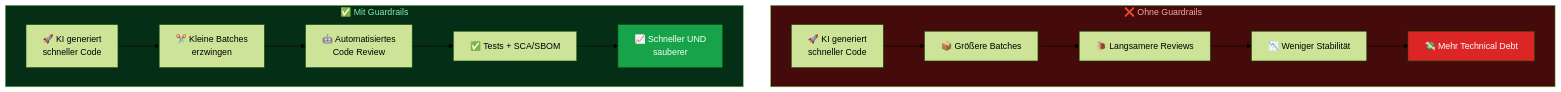
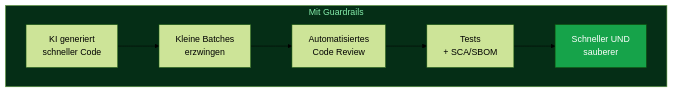
Before and after one commit to harrybin/presentations: the first of 2 diagrams in special-slides/aiops-Mainteance-mit-KI/technical-debt.md, drawn with Mermaid (forest theme). The commit also changed other lines of this file, not shown here.

Commit message:
feat: improve technical-debt

````diff
--- a/special-slides/aiops-Mainteance-mit-KI/technical-debt.md
+++ b/special-slides/aiops-Mainteance-mit-KI/technical-debt.md
@@ -101,21 +104,12 @@
 ```mermaid {scale: 0.65}
 graph TB
-    subgraph OHNE["❌ Ohne Guardrails"]
-        A1[🚀 KI generiert<br/>schneller Code] --> B1[📦 Größere Batches]
-        B1 --> C1[🐌 Langsamere Reviews]
-        C1 --> D1[📉 Weniger Stabilität]
-        D1 --> E1[💸 Mehr Technical Debt]
+    subgraph MIT["Mit Guardrails"]
+        A2[KI generiert<br/>schneller Code] --> B2[Kleine Batches<br/>erzwingen]
+        B2 --> C2[Automatisiertes<br/>Code Review]
+        C2 --> D2[Tests<br/>+ SCA/SBOM]
+        D2 --> E2[Schneller UND<br/>sauberer]
     end
 
-    subgraph MIT["✅ Mit Guardrails"]
-        A2[🚀 KI generiert<br/>schneller Code] --> B2[✂️ Kleine Batches<br/>erzwingen]
-        B2 --> C2[🤖 Automatisiertes<br/>Code Review]
-        C2 --> D2[✅ Tests + SCA/SBOM]
-        D2 --> E2[📈 Schneller UND<br/>sauberer]
-    end
-
-    style OHNE fill:#450a0a,color:#fca5a5
     style MIT fill:#052e16,color:#86efac
-    style E1 fill:#dc2626,color:#fff
     style E2 fill:#16a34a,color:#fff
 ```
````
